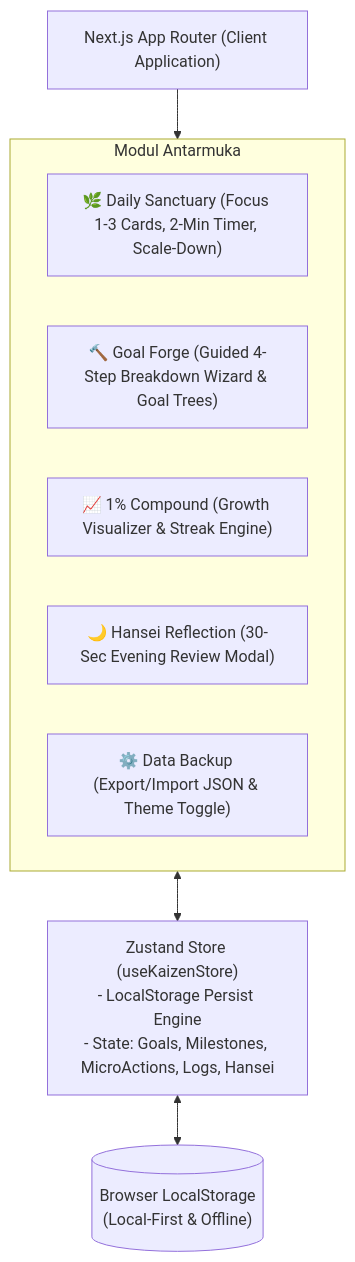
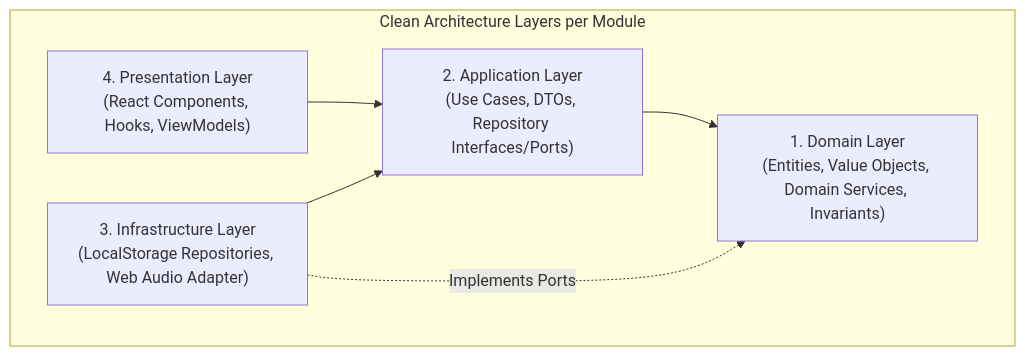
Before and after one commit to Riidwann/Kaizen-Habit-Tracker: the diagram in docs/superpowers/specs/2026-09-28-kaizen-habit-tracker-design.md, drawn with Mermaid. The commit also changed other lines of this file and 1 other file, not shown here.

Commit message:
docs: update spec and plan with DDD, Clean Architecture, and Modular Monolith

````diff
--- a/docs/superpowers/specs/2026-09-28-kaizen-habit-tracker-design.md
+++ b/docs/superpowers/specs/2026-09-28-kaizen-habit-tracker-design.md
@@ -49,17 +54,14 @@
 ```mermaid
 graph TD
-    App["Next.js App Router (Client Application)"]
-    Store["Zustand Store (useKaizenStore)\n- LocalStorage Persist Engine\n- State: Goals, Milestones, MicroActions, Logs, Hansei"]
-    
-    subgraph UI_Modules [Modul Antarmuka]
-        Sanctuary["🌿 Daily Sanctuary (Focus 1-3 Cards, 2-Min Timer, Scale-Down)"]
-        Forge["🔨 Goal Forge (Guided 4-Step Breakdown Wizard & Goal Trees)"]
-        Compound["📈 1% Compound (Growth Visualizer & Streak Engine)"]
-        Hansei["🌙 Hansei Reflection (30-Sec Evening Review Modal)"]
-        Settings["⚙️ Data Backup (Export/Import JSON & Theme Toggle)"]
+    subgraph Modular_Clean_Architecture [Clean Architecture Layers per Module]
+        Presentation["4. Presentation Layer\n(React Components, Hooks, ViewModels)"]
+        Infrastructure["3. Infrastructure Layer\n(LocalStorage Repositories, Web Audio Adapter)"]
+        Application["2. Application Layer\n(Use Cases, DTOs, Repository Interfaces/Ports)"]
+        Domain["1. Domain Layer\n(Entities, Value Objects, Domain Services, Invariants)"]
     end
 
-    App --> UI_Modules
-    UI_Modules <--> Store
-    Store <--> LocalStorage[("Browser LocalStorage\n(Local-First & Offline)")]
+    Presentation --> Application
+    Infrastructure --> Application
+    Application --> Domain
+    Infrastructure -.->|Implements Ports| Domain
 ```
````
